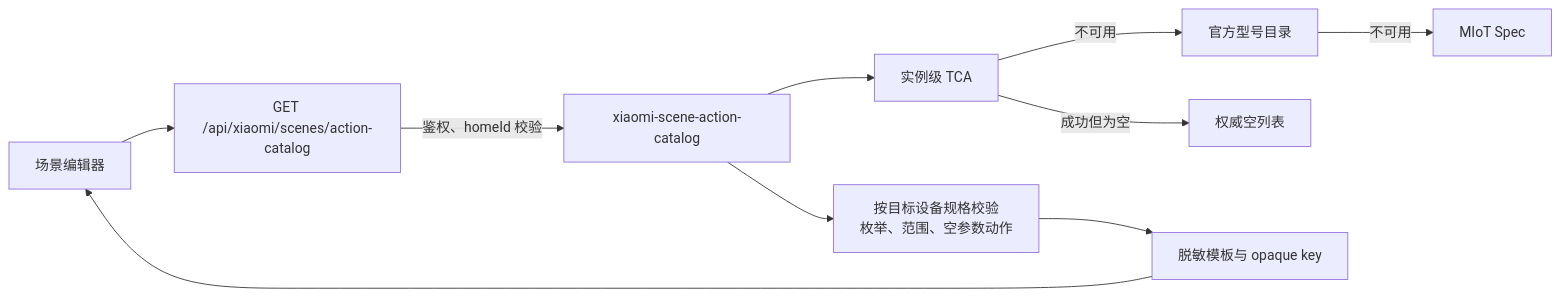
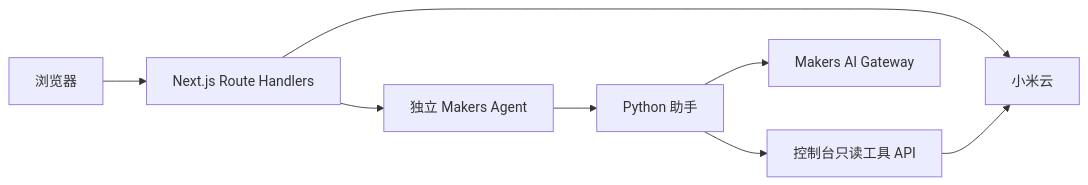
The diagram in docs/architecture.md (zhangys10/mijia-web-console), drawn with Mermaid before and after one commit. The commit also changed other lines of this file and 33 other files, not shown here.

````diff
--- a/docs/architecture.md
+++ b/docs/architecture.md
@@ -248,12 +10,10 @@
 ```mermaid
 flowchart LR
-    Browser[场景编辑器] --> Route[GET /api/xiaomi/scenes/action-catalog]
-    Route -->|鉴权、homeId 校验| Catalog[xiaomi-scene-action-catalog]
-    Catalog --> TCA[实例级 TCA]
-    TCA -->|不可用| Model[官方型号目录]
-    Model -->|不可用| Spec[MIoT Spec]
-    TCA -->|成功但为空| Empty[权威空列表]
-    Catalog --> Validate[按目标设备规格校验<br/>枚举、范围、空参数动作]
-    Validate --> DTO[脱敏模板与 opaque key]
-    DTO --> Browser
+  Browser[浏览器] --> Routes[Next.js Route Handlers]
+  Routes --> Xiaomi[小米云]
+  Routes --> Agent[独立 Makers Agent]
+  Agent --> Python[Python 助手]
+  Python --> Gateway[Makers AI Gateway]
+  Python --> Tools[控制台只读工具 API]
+  Tools --> Xiaomi
 ```
````
